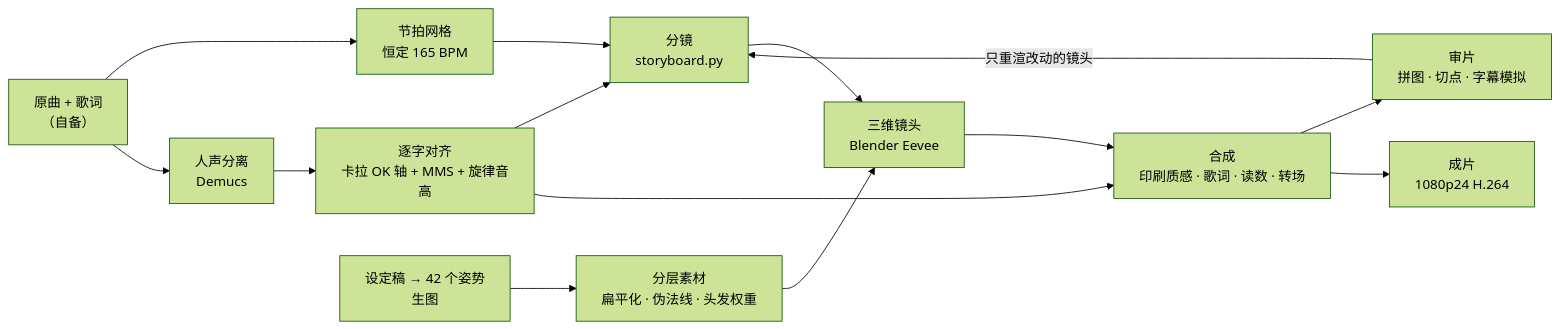
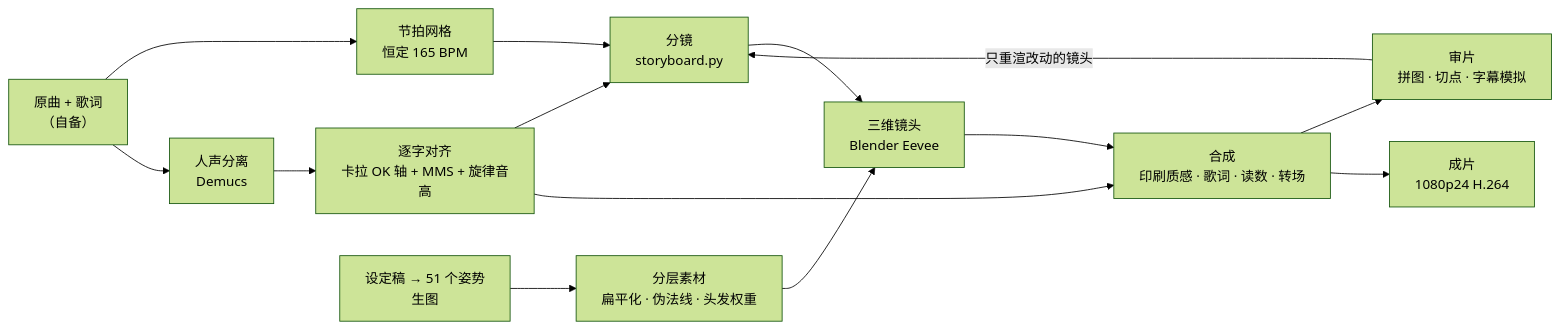
One commit to RepressedAlliance/MeltDown changed the diagram in README.md. Above: the diagram before and after it, drawn with Mermaid (forest theme). The commit also changed other lines of this file and 4 other files, not shown here.

````diff
--- a/README.md
+++ b/README.md
@@ -100,16 +100,16 @@
 ```mermaid
 flowchart LR
   A["原曲 + 歌词<br/>（自备）"] --> B["节拍网格<br/>恒定 165 BPM"]
   A --> C["人声分离<br/>Demucs"]
   C --> D["逐字对齐<br/>卡拉 OK 轴 + MMS + 旋律音高"]
-  E["设定稿 → 42 个姿势<br/>生图"] --> F["分层素材<br/>扁平化 · 伪法线 · 头发权重"]
+  E["设定稿 → 51 个姿势<br/>生图"] --> F["分层素材<br/>扁平化 · 伪法线 · 头发权重"]
   B --> G["分镜<br/>storyboard.py"]
   D --> G
   G --> H["三维镜头<br/>Blender Eevee"]
   F --> H
   H --> I["合成<br/>印刷质感 · 歌词 · 读数 · 转场"]
   D --> I
   I --> J["审片<br/>拼图 · 切点 · 字幕模拟"]
   J -- "只重渲改动的镜头" --> G
   I --> K["成片<br/>1080p24 H.264"]
 ```
````
